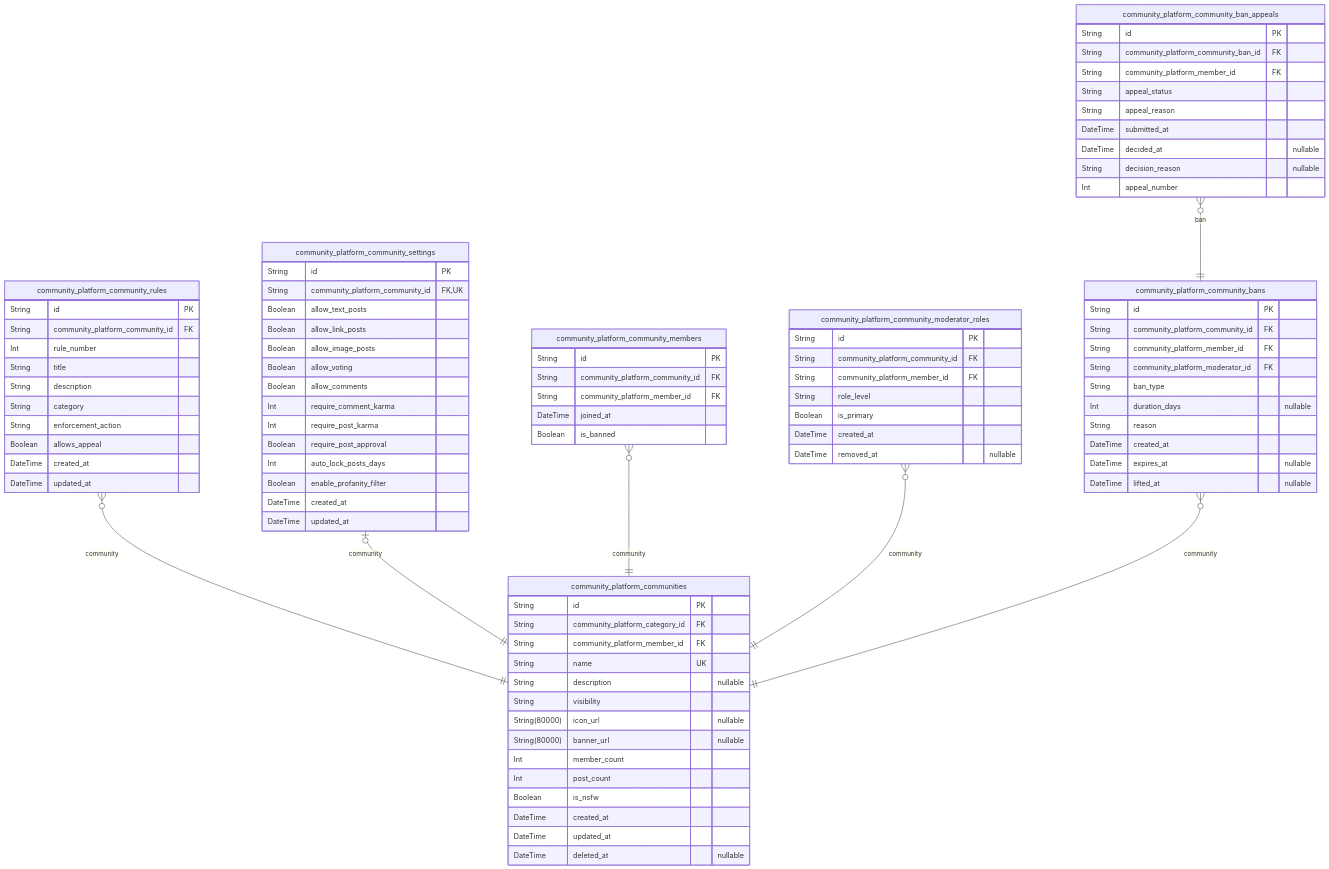
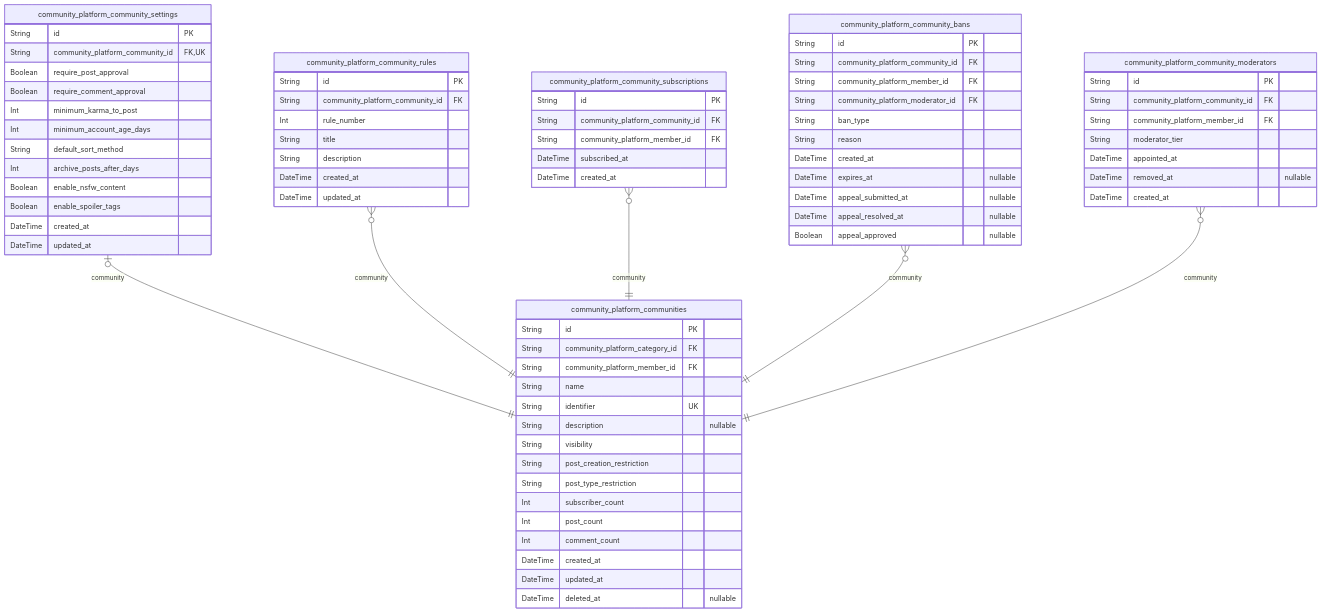
Before and after one commit to wrtnlabs/autobe-examples: the third of 9 diagrams in anthropic/claude-haiku-4.5/reddit/docs/ERD.md, drawn with Mermaid. The commit also changed other lines of this file and 22498 other files, not shown here.

````diff
--- a/anthropic/claude-haiku-4.5/reddit/docs/ERD.md
+++ b/anthropic/claude-haiku-4.5/reddit/docs/ERD.md
@@ -479,17 +425,32 @@
   String id PK
   String community_platform_category_id FK
   String community_platform_member_id FK
-  String name UK
+  String name
+  String identifier UK
   String description "nullable"
   String visibility
-  String(80000) icon_url "nullable"
-  String(80000) banner_url "nullable"
-  Int member_count
+  String post_creation_restriction
+  String post_type_restriction
+  Int subscriber_count
   Int post_count
-  Boolean is_nsfw
+  Int comment_count
   DateTime created_at
   DateTime updated_at
   DateTime deleted_at "nullable"
+}
+"community_platform_community_settings" {
+  String id PK
+  String community_platform_community_id FK,UK
+  Boolean require_post_approval
+  Boolean require_comment_approval
+  Int minimum_karma_to_post
+  Int minimum_account_age_days
+  String default_sort_method
+  Int archive_posts_after_days
+  Boolean enable_nsfw_content
+  Boolean enable_spoiler_tags
+  DateTime created_at
+  DateTime updated_at
 }
 "community_platform_community_rules" {
   String id PK
@@ -497,43 +458,15 @@
   Int rule_number
   String title
   String description
-  String category
-  String enforcement_action
-  Boolean allows_appeal
   DateTime created_at
   DateTime updated_at
 }
-"community_platform_community_settings" {
-  String id PK
-  String community_platform_community_id FK,UK
-  Boolean allow_text_posts
-  Boolean allow_link_posts
-  Boolean allow_image_posts
-  Boolean allow_voting
-  Boolean allow_comments
-  Int require_comment_karma
-  Int require_post_karma
-  Boolean require_post_approval
-  Int auto_lock_posts_days
-  Boolean enable_profanity_filter
-  DateTime created_at
-  DateTime updated_at
-}
-"community_platform_community_members" {
+"community_platform_community_subscriptions" {
   String id PK
   String community_platform_community_id FK
   String community_platform_member_id FK
-  DateTime joined_at
-  Boolean is_banned
-}
-"community_platform_community_moderator_roles" {
-  String id PK
-  String community_platform_community_id FK
-  String community_platform_member_id FK
-  String role_level
-  Boolean is_primary
+  DateTime subscribed_at
   DateTime created_at
-  DateTime removed_at "nullable"
 }
 "community_platform_community_bans" {
   String id PK
@@ -541,27 +474,25 @@
   String community_platform_member_id FK
   String community_platform_moderator_id FK
   String ban_type
-  Int duration_days "nullable"
   String reason
   DateTime created_at
   DateTime expires_at "nullable"
-  DateTime lifted_at "nullable"
+  DateTime appeal_submitted_at "nullable"
+  DateTime appeal_resolved_at "nullable"
+  Boolean appeal_approved "nullable"
 }
-"community_platform_community_ban_appeals" {
+"community_platform_community_moderators" {
   String id PK
-  String community_platform_community_ban_id FK
+  String community_platform_community_id FK
   String community_platform_member_id FK
-  String appeal_status
-  String appeal_reason
-  DateTime submitted_at
-  DateTime decided_at "nullable"
-  String decision_reason "nullable"
-  Int appeal_number
+  String moderator_tier
+  DateTime appointed_at
+  DateTime removed_at "nullable"
+  DateTime created_at
 }
+"community_platform_community_settings" |o--|| "community_platform_communities" : community
 "community_platform_community_rules" }o--|| "community_platform_communities" : community
-"community_platform_community_settings" |o--|| "community_platform_communities" : community
-"community_platform_community_members" }o--|| "community_platform_communities" : community
-"community_platform_community_moderator_roles" }o--|| "community_platform_communities" : community
+"community_platform_community_subscriptions" }o--|| "community_platform_communities" : community
 "community_platform_community_bans" }o--|| "community_platform_communities" : community
-"community_platform_community_ban_appeals" }o--|| "community_platform_community_bans" : ban
+"community_platform_community_moderators" }o--|| "community_platform_communities" : community
 ```
````
